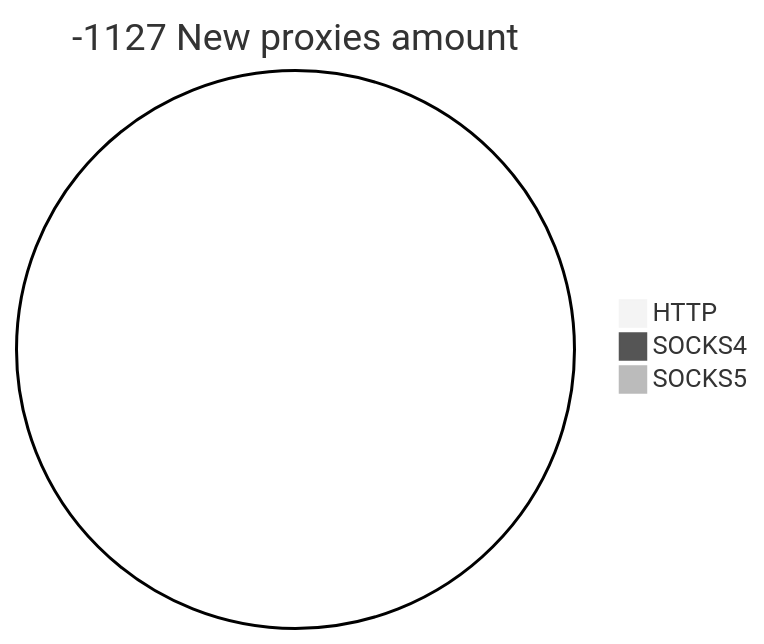
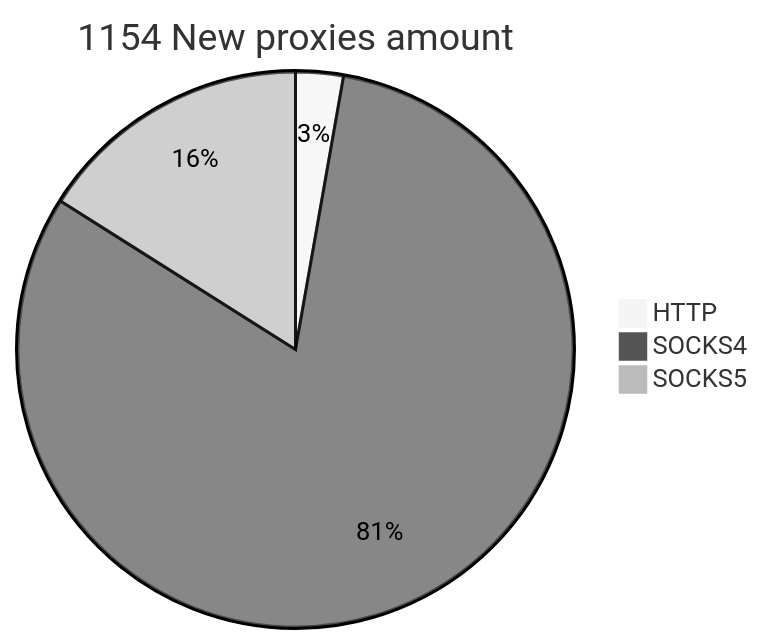
The second of 2 diagrams in README.md (cutipu/proxylist), drawn with Mermaid (neutral theme) before and after one commit. The commit also changed other lines of this file, not shown here.

````diff
--- a/README.md
+++ b/README.md
@@ -10,6 +10,6 @@
 ```mermaid
-pie title -1127 New proxies amount
-    "HTTP" : 0
-    "SOCKS4" : 0
-    "SOCKS5" : 0
+pie title 1154 New proxies amount
+    "HTTP" : 32
+    "SOCKS4" : 937
+    "SOCKS5" : 185
 ```
````
